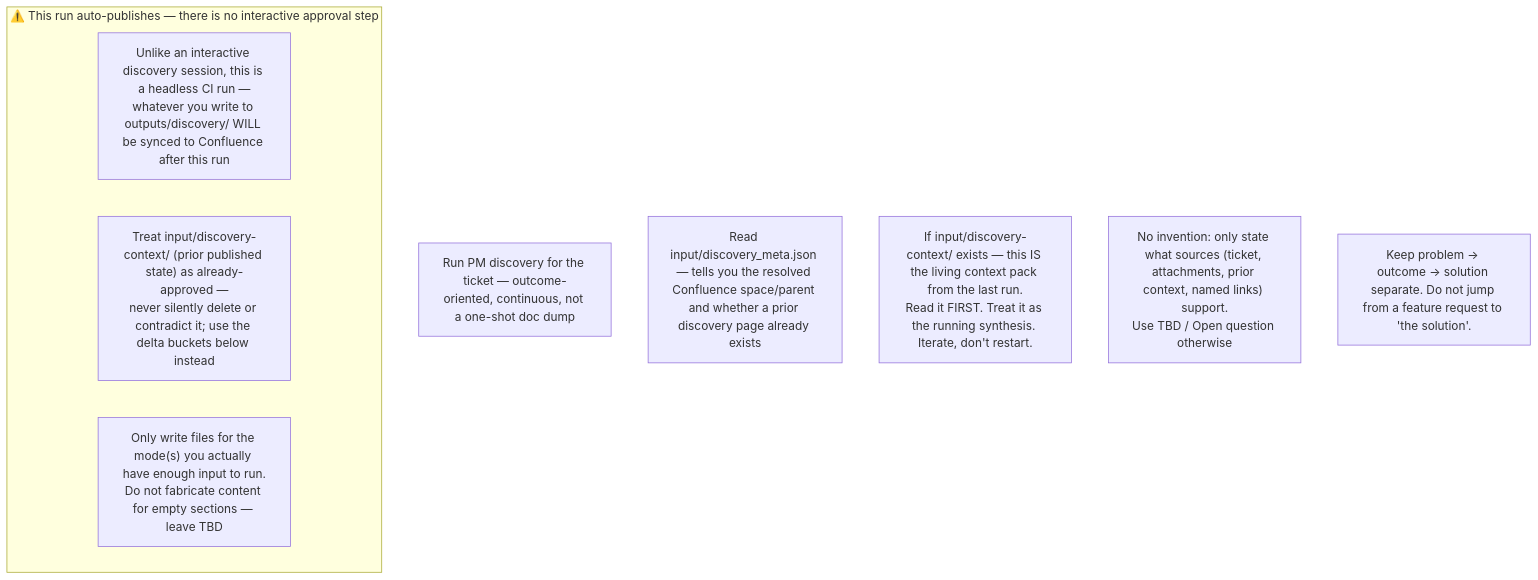
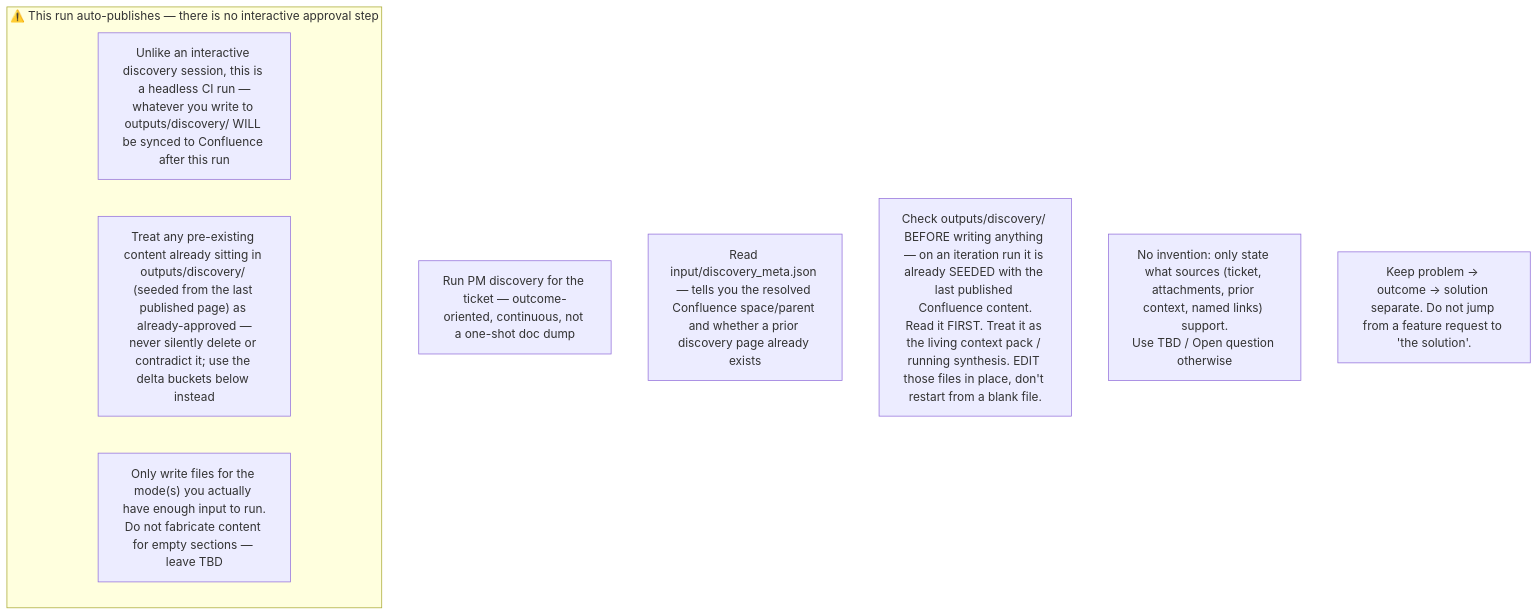
One commit to IstiN/dmtools-agents changed the diagram in instructions/discovery/general_guidelines.md. Above: the diagram before and after it, drawn with Mermaid. The commit also changed other lines of this file and 6 other files, not shown here.

````diff
--- a/instructions/discovery/general_guidelines.md
+++ b/instructions/discovery/general_guidelines.md
@@ -1,14 +1,14 @@
 ```mermaid
 flowchart TD
     G1["Run PM discovery for the ticket — outcome-oriented, continuous, not a one-shot doc dump"]
     G2["Read input/discovery_meta.json — tells you the resolved Confluence space/parent and whether a prior discovery page already exists"]
-    G3["If input/discovery-context/ exists — this IS the living context pack from the last run.<br/>Read it FIRST. Treat it as the running synthesis. Iterate, don't restart."]
+    G3["Check outputs/discovery/ BEFORE writing anything — on an iteration run it is already SEEDED with the last published Confluence content.<br/>Read it FIRST. Treat it as the living context pack / running synthesis. EDIT those files in place, don't restart from a blank file."]
     G4["No invention: only state what sources (ticket, attachments, prior context, named links) support.<br/>Use TBD / Open question otherwise"]
     G5["Keep problem → outcome → solution separate. Do not jump from a feature request to 'the solution'."]
 
     subgraph AUTOPUBLISH["⚠️ This run auto-publishes — there is no interactive approval step"]
         AP1["Unlike an interactive discovery session, this is a headless CI run —<br/>whatever you write to outputs/discovery/ WILL be synced to Confluence after this run"]
-        AP2["Treat input/discovery-context/ (prior published state) as already-approved —<br/>never silently delete or contradict it; use the delta buckets below instead"]
+        AP2["Treat any pre-existing content already sitting in outputs/discovery/ (seeded from the last published page) as already-approved —<br/>never silently delete or contradict it; use the delta buckets below instead"]
         AP3["Only write files for the mode(s) you actually have enough input to run.<br/>Do not fabricate content for empty sections — leave TBD"]
     end
 ```
````
